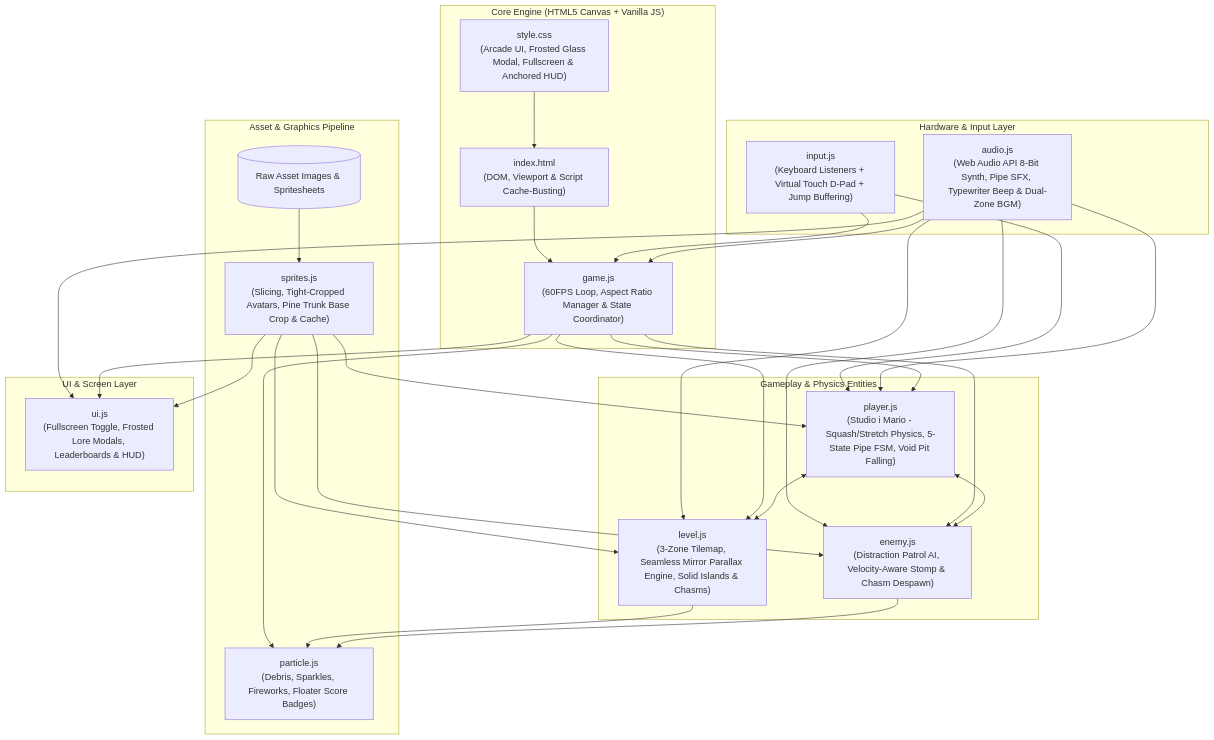
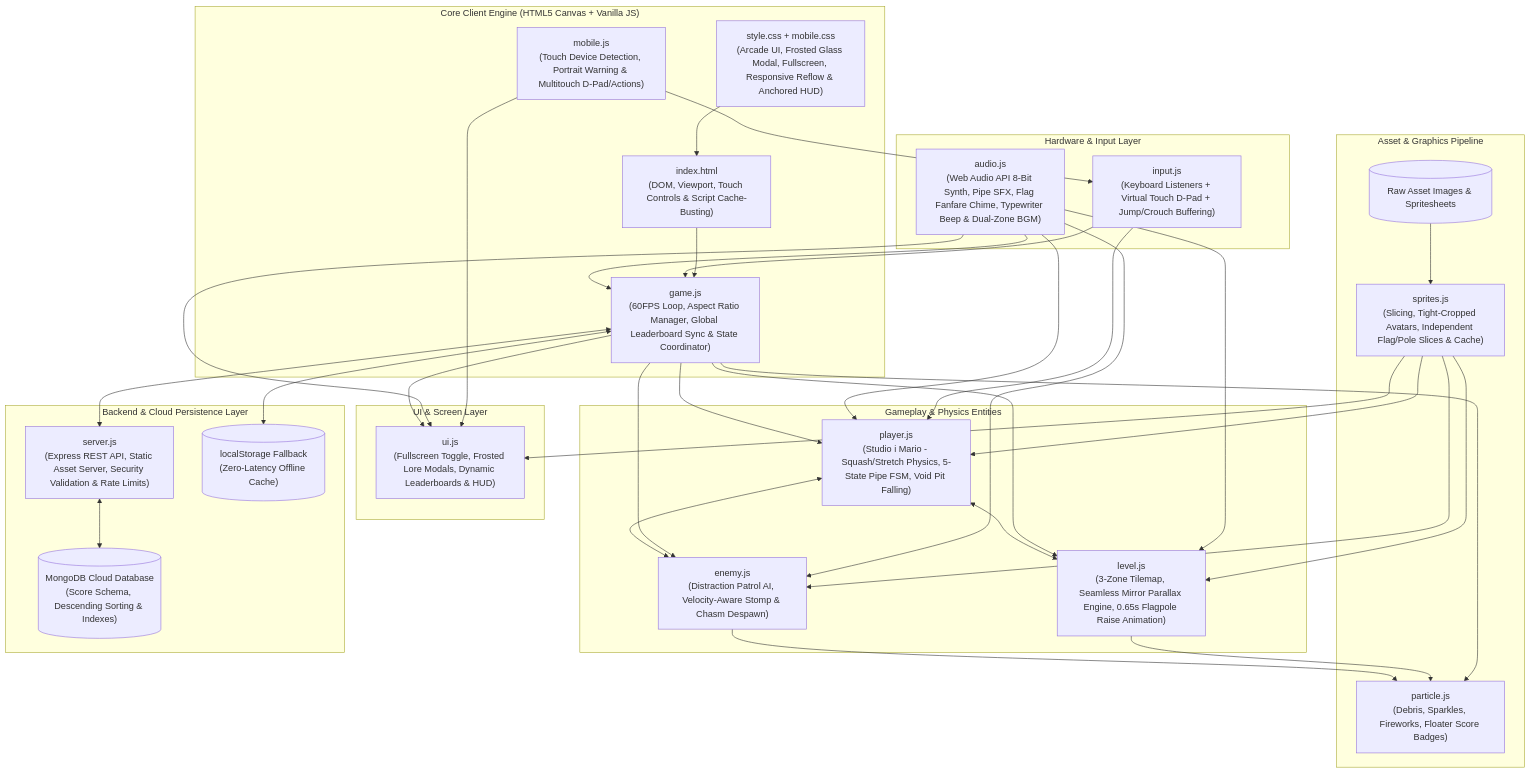
The first of 6 diagrams in project_summary_graph.md (govindgautam-glitch/mario-game), drawn with Mermaid before and after one commit. The commit also changed other lines of this file and 20 other files, not shown here.

First line of the commit message:
feat: mobile support, mongodb leaderboard, vercel serverless deployment, and gameplay polish

````diff
--- a/project_summary_graph.md
+++ b/project_summary_graph.md
@@ -9,57 +9,69 @@
 ```mermaid
 graph TD
-    subgraph "Core Engine (HTML5 Canvas + Vanilla JS)"
-        Index["index.html<br/>(DOM, Viewport & Script Cache-Busting)"]
-        CSS["style.css<br/>(Arcade UI, Frosted Glass Modal, Fullscreen & Anchored HUD)"]
-        Game["game.js<br/>(60FPS Loop, Aspect Ratio Manager & State Coordinator)"]
+    subgraph "Core Client Engine (HTML5 Canvas + Vanilla JS)"
+        Index["index.html<br/>(DOM, Viewport, Touch Controls & Script Cache-Busting)"]
+        CSS["style.css + mobile.css<br/>(Arcade UI, Frosted Glass Modal, Fullscreen, Responsive Reflow & Anchored HUD)"]
+        Game["game.js<br/>(60FPS Loop, Aspect Ratio Manager, Global Leaderboard Sync & State Coordinator)"]
+        Mobile["mobile.js<br/>(Touch Device Detection, Portrait Warning & Multitouch D-Pad/Actions)"]
     end
 
     subgraph "Hardware & Input Layer"
-        Input["input.js<br/>(Keyboard Listeners + Virtual Touch D-Pad + Jump Buffering)"]
-        Audio["audio.js<br/>(Web Audio API 8-Bit Synth, Pipe SFX, Typewriter Beep & Dual-Zone BGM)"]
+        Input["input.js<br/>(Keyboard Listeners + Virtual Touch D-Pad + Jump/Crouch Buffering)"]
+        Audio["audio.js<br/>(Web Audio API 8-Bit Synth, Pipe SFX, Flag Fanfare Chime, Typewriter Beep & Dual-Zone BGM)"]
     end
 
     subgraph "Asset & Graphics Pipeline"
         Assets[("Raw Asset Images & Spritesheets")]
-        Sprites["sprites.js<br/>(Slicing, Tight-Cropped Avatars, Pine Trunk Base Crop & Cache)"]
+        Sprites["sprites.js<br/>(Slicing, Tight-Cropped Avatars, Independent Flag/Pole Slices & Cache)"]
         Particles["particle.js<br/>(Debris, Sparkles, Fireworks, Floater Score Badges)"]
     end
 
     subgraph "Gameplay & Physics Entities"
         Player["player.js<br/>(Studio i Mario - Squash/Stretch Physics, 5-State Pipe FSM, Void Pit Falling)"]
         Enemy["enemy.js<br/>(Distraction Patrol AI, Velocity-Aware Stomp & Chasm Despawn)"]
-        Level["level.js<br/>(3-Zone Tilemap, Seamless Mirror Parallax Engine, Solid Islands & Chasms)"]
+        Level["level.js<br/>(3-Zone Tilemap, Seamless Mirror Parallax Engine, 0.65s Flagpole Raise Animation)"]
     end
 
     subgraph "UI & Screen Layer"
-        UI["ui.js<br/>(Fullscreen Toggle, Frosted Lore Modals, Leaderboards & HUD)"]
+        UI["ui.js<br/>(Fullscreen Toggle, Frosted Lore Modals, Dynamic Leaderboards & HUD)"]
+    end
+
+    subgraph "Backend & Cloud Persistence Layer"
+        Server["server.js<br/>(Express REST API, Static Asset Server, Security Validation & Rate Limits)"]
+        DB[("MongoDB Cloud Database<br/>(Score Schema, Descending Sorting & Indexes)")]
+        LocalCache[("localStorage Fallback<br/>(Zero-Latency Offline Cache)")]
     end
 
     %% Connections
     Index --> Game
     CSS --> Index
+    Mobile --> Input
+    Mobile --> UI
     Assets --> Sprites
     Sprites --> Player
     Sprites --> Enemy
     Sprites --> Level
     Sprites --> UI
 
     Input --> Game
     Input --> Player
     Audio --> Game
     Audio --> Player
     Audio --> Enemy
     Audio --> Level
     Audio --> UI
 
     Game --> Player
     Game --> Enemy
     Game --> Level
     Game --> Particles
     Game --> UI
+    Game <--> Server
+    Game <--> LocalCache
+    Server <--> DB
 
     Player <--> Level
     Player <--> Enemy
     Level --> Particles
     Enemy --> Particles
 ```
````
